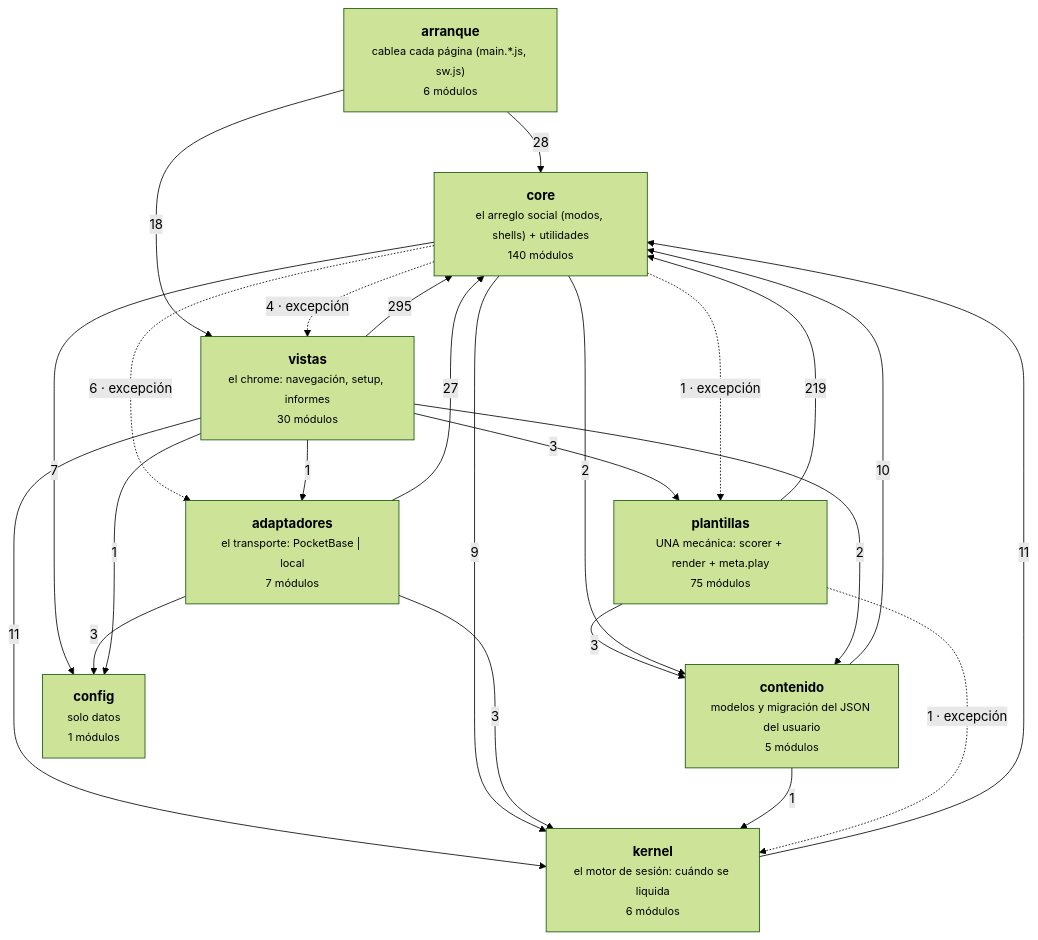
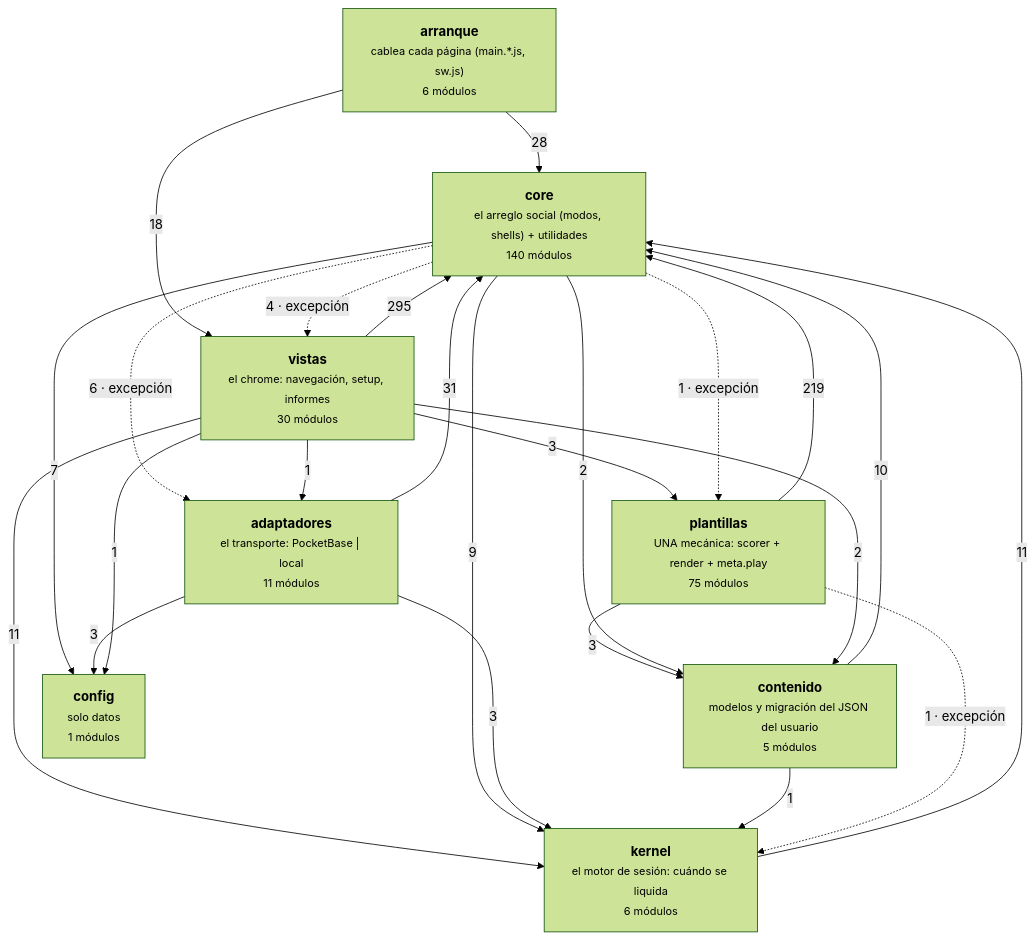
One commit to duecaz/ac changed the diagram in docs/arquitectura-modulos.md. Above: the diagram before and after it, drawn with Mermaid (forest theme). The commit also changed other lines of this file and 17 other files, not shown here.

````diff
--- a/docs/arquitectura-modulos.md
+++ b/docs/arquitectura-modulos.md
@@ -56,34 +56,34 @@
 ```mermaid
 graph TD
   A["<b>arranque</b><br/><small>cablea cada página (main.*.js, sw.js)</small><br/><small>6 módulos</small>"]
   V["<b>vistas</b><br/><small>el chrome: navegación, setup, informes</small><br/><small>30 módulos</small>"]
-  AD["<b>adaptadores</b><br/><small>el transporte: PocketBase | local</small><br/><small>7 módulos</small>"]
+  AD["<b>adaptadores</b><br/><small>el transporte: PocketBase | local</small><br/><small>11 módulos</small>"]
   C["<b>core</b><br/><small>el arreglo social (modos, shells) + utilidades</small><br/><small>140 módulos</small>"]
   K["<b>kernel</b><br/><small>el motor de sesión: cuándo se liquida</small><br/><small>6 módulos</small>"]
   T["<b>plantillas</b><br/><small>UNA mecánica: scorer + render + meta.play</small><br/><small>75 módulos</small>"]
   CO["<b>contenido</b><br/><small>modelos y migración del JSON del usuario</small><br/><small>5 módulos</small>"]
   CF["<b>config</b><br/><small>solo datos</small><br/><small>1 módulos</small>"]
   V -->|295| C
   T -->|219| C
+  AD -->|31| C
   A -->|28| C
-  AD -->|27| C
   A -->|18| V
   K -->|11| C
   V -->|11| K
   CO -->|10| C
   C -->|9| K
   C -->|7| CF
   C -.->|6 · excepción| AD
   C -.->|4 · excepción| V
   AD -->|3| CF
   AD -->|3| K
   T -->|3| CO
   V -->|3| T
   C -->|2| CO
   V -->|2| CO
   C -.->|1 · excepción| T
   CO -->|1| K
   T -.->|1 · excepción| K
   V -->|1| AD
   V -->|1| CF
 ```
````
